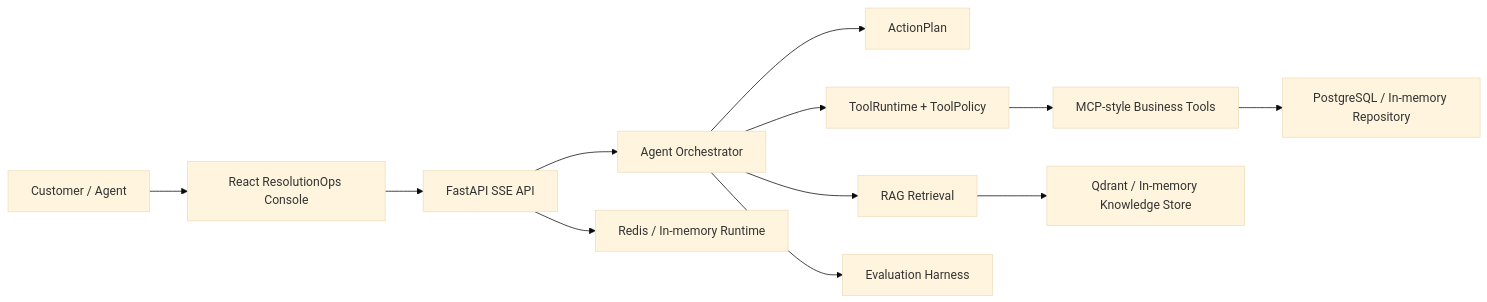
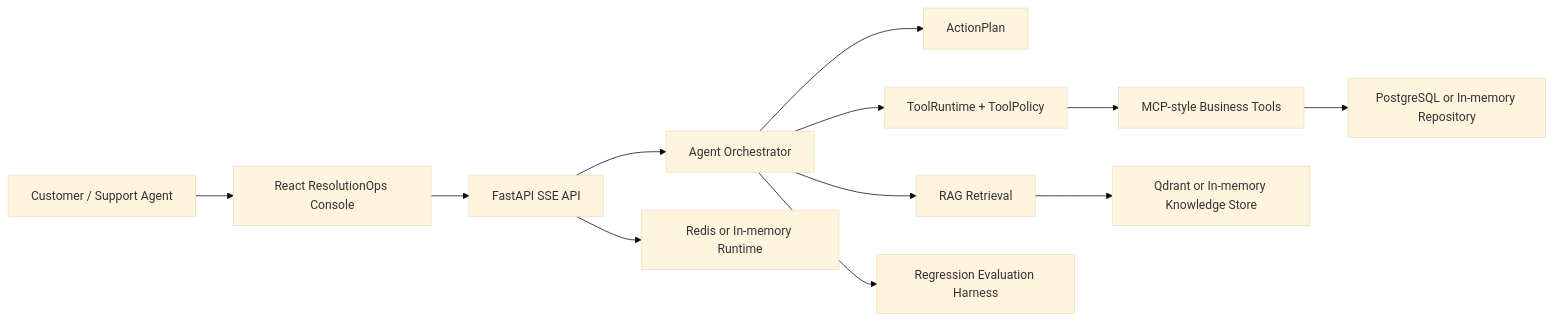
One commit to nguxw/smart_cs changed the diagram in README.md. Above: the diagram before and after it, drawn with Mermaid (base theme). The commit also changed other lines of this file and 1 other file, not shown here.

````diff
--- a/README.md
+++ b/README.md
@@ -35,14 +67,14 @@
 ```mermaid
 flowchart LR
-  U["Customer / Agent"] --> FE["React ResolutionOps Console"]
-  FE --> API["FastAPI SSE API"]
-  API --> WF["Agent Orchestrator"]
-  WF --> PLAN["ActionPlan"]
-  WF --> RAG["RAG Retrieval"]
-  WF --> TOOLS["ToolRuntime + ToolPolicy"]
-  TOOLS --> MCP["MCP-style Business Tools"]
-  MCP --> PG["PostgreSQL / In-memory Repository"]
-  API --> REDIS["Redis / In-memory Runtime"]
-  RAG --> QDRANT["Qdrant / In-memory Knowledge Store"]
-  WF --> EVAL["Evaluation Harness"]
+  Customer["Customer / Support Agent"] --> Console["React ResolutionOps Console"]
+  Console --> API["FastAPI SSE API"]
+  API --> Orchestrator["Agent Orchestrator"]
+  Orchestrator --> Plan["ActionPlan"]
+  Orchestrator --> Retrieval["RAG Retrieval"]
+  Orchestrator --> Policy["ToolRuntime + ToolPolicy"]
+  Policy --> Tools["MCP-style Business Tools"]
+  Tools --> Repository["PostgreSQL or In-memory Repository"]
+  API --> Runtime["Redis or In-memory Runtime"]
+  Retrieval --> Knowledge["Qdrant or In-memory Knowledge Store"]
+  Orchestrator --> Harness["Regression Evaluation Harness"]
 ```
````
